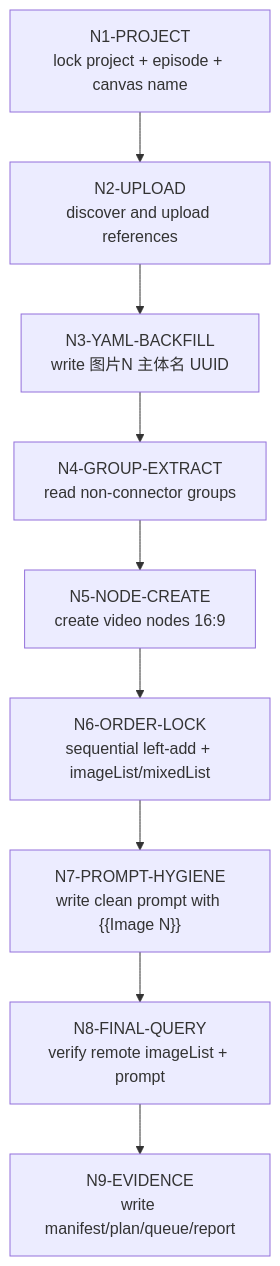
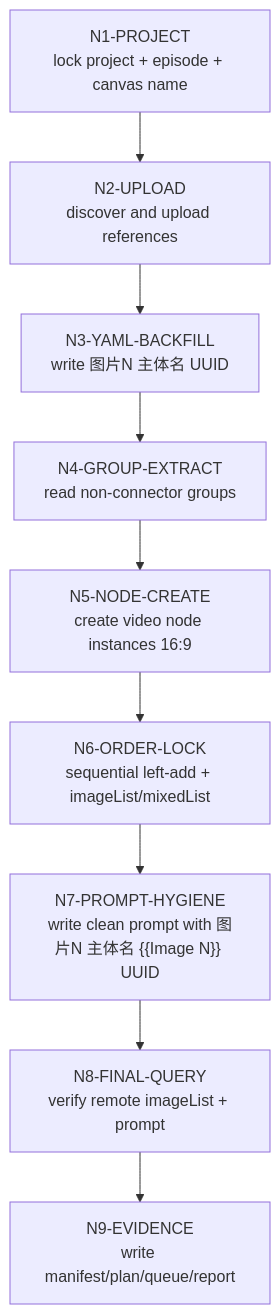
One commit to ZEN-VOID/AI-CUT changed the diagram in .agents/skills/aigc/13-画布/libTV画布流/steps/canvas-control-workflow.md. Above: the diagram before and after it, drawn with Mermaid. The commit also changed other lines of this file and 293 other files, not shown here.

````diff
--- a/.agents/skills/aigc/13-画布/libTV画布流/steps/canvas-control-workflow.md
+++ b/.agents/skills/aigc/13-画布/libTV画布流/steps/canvas-control-workflow.md
@@ -3,11 +3,11 @@
 ```mermaid
 flowchart TD
     N1["N1-PROJECT<br/>lock project + episode + canvas name"] --> N2["N2-UPLOAD<br/>discover and upload references"]
     N2 --> N3["N3-YAML-BACKFILL<br/>write 图片N 主体名 UUID"]
     N3 --> N4["N4-GROUP-EXTRACT<br/>read non-connector groups"]
-    N4 --> N5["N5-NODE-CREATE<br/>create video nodes 16:9"]
+    N4 --> N5["N5-NODE-CREATE<br/>create video node instances 16:9"]
     N5 --> N6["N6-ORDER-LOCK<br/>sequential left-add + imageList/mixedList"]
-    N6 --> N7["N7-PROMPT-HYGIENE<br/>write clean prompt with {{Image N}}"]
+    N6 --> N7["N7-PROMPT-HYGIENE<br/>write clean prompt with 图片N 主体名 {{Image N}} UUID"]
     N7 --> N8["N8-FINAL-QUERY<br/>verify remote imageList + prompt"]
     N8 --> N9["N9-EVIDENCE<br/>write manifest/plan/queue/report"]
 ```
````
